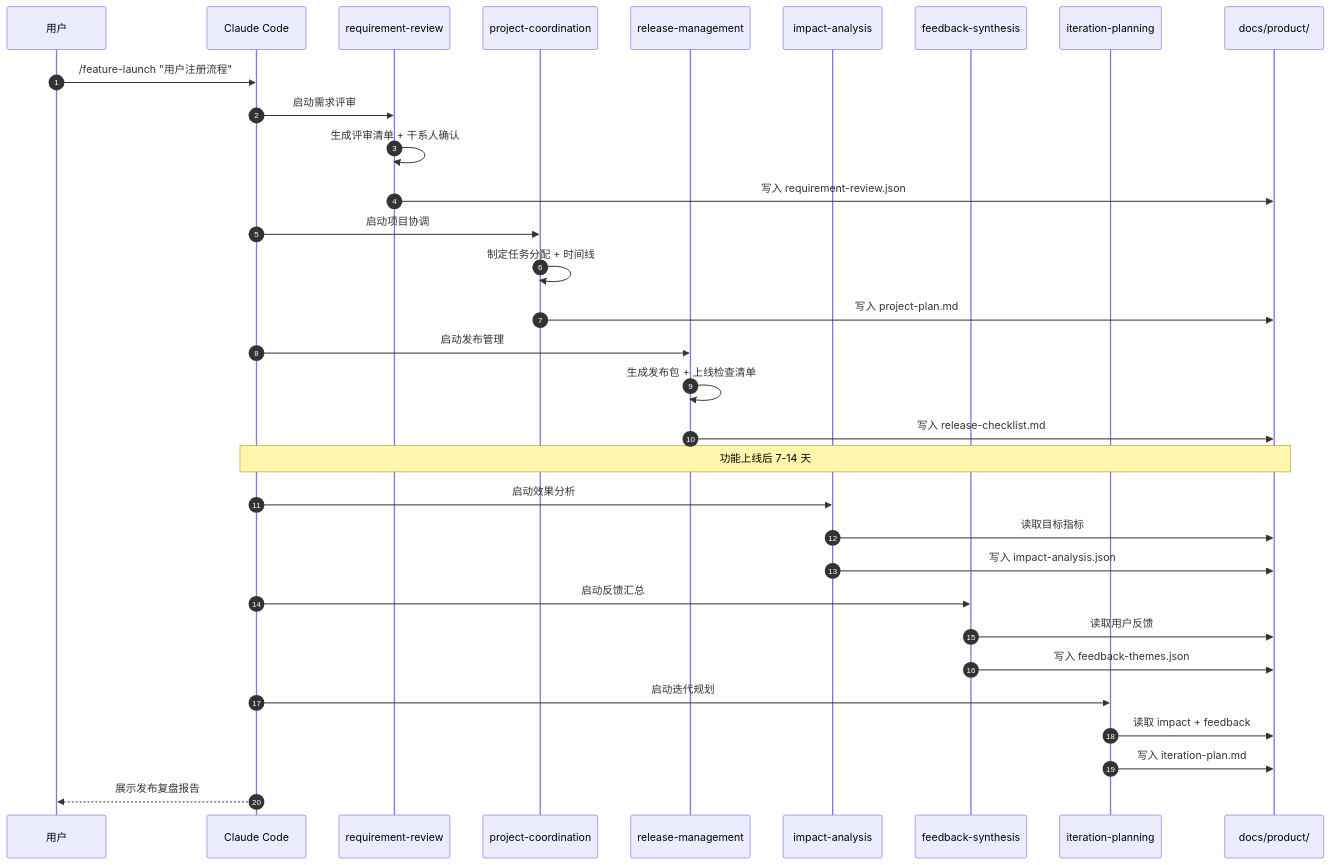
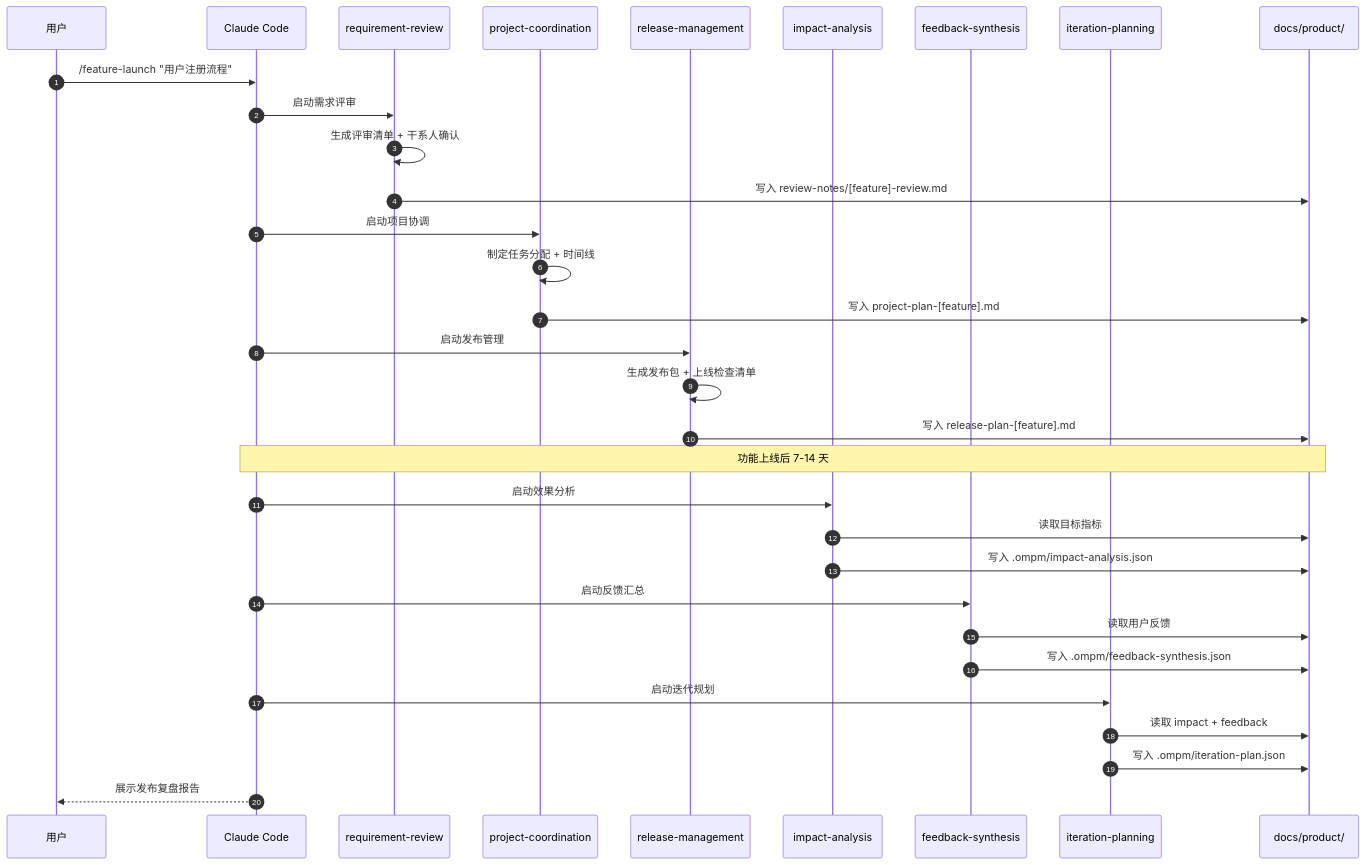
Before and after one commit to kelegele/oh-my-pm: the fifth of 9 diagrams in docs/architecture/workflow-architecture.md, drawn with Mermaid. The commit also changed other lines of this file and 21 other files, not shown here.

````diff
--- a/docs/architecture/workflow-architecture.md
+++ b/docs/architecture/workflow-architecture.md
@@ -161,41 +163,41 @@
 ```mermaid
 sequenceDiagram
     autonumber
     participant U as 用户
     participant CC as Claude Code
     participant RR as requirement-review
     participant PC as project-coordination
     participant RM as release-management
     participant IA as impact-analysis
     participant FB as feedback-synthesis
     participant IP as iteration-planning
     participant CTX as docs/product/
 
     U->>CC: /feature-launch "用户注册流程"
     CC->>RR: 启动需求评审
     RR->>RR: 生成评审清单 + 干系人确认
-    RR->>CTX: 写入 requirement-review.json
+    RR->>CTX: 写入 review-notes/[feature]-review.md
 
     CC->>PC: 启动项目协调
     PC->>PC: 制定任务分配 + 时间线
-    PC->>CTX: 写入 project-plan.md
+    PC->>CTX: 写入 project-plan-[feature].md
 
     CC->>RM: 启动发布管理
     RM->>RM: 生成发布包 + 上线检查清单
-    RM->>CTX: 写入 release-checklist.md
+    RM->>CTX: 写入 release-plan-[feature].md
 
     Note over CC,CTX: 功能上线后 7-14 天
     CC->>IA: 启动效果分析
     IA->>CTX: 读取目标指标
-    IA->>CTX: 写入 impact-analysis.json
+    IA->>CTX: 写入 .ompm/impact-analysis.json
 
     CC->>FB: 启动反馈汇总
     FB->>CTX: 读取用户反馈
-    FB->>CTX: 写入 feedback-themes.json
+    FB->>CTX: 写入 .ompm/feedback-synthesis.json
 
     CC->>IP: 启动迭代规划
     IP->>CTX: 读取 impact + feedback
-    IP->>CTX: 写入 iteration-plan.md
+    IP->>CTX: 写入 .ompm/iteration-plan.json
 
     CC-->>U: 展示发布复盘报告
 ```
````
